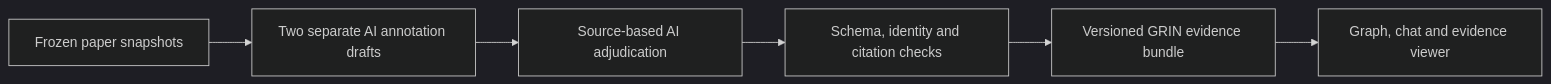
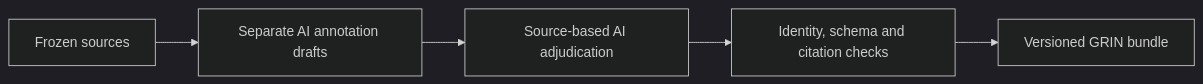
The first of 3 diagrams in README.md (lukaschudy/LIT-knowledge-graph), drawn with Mermaid (dark theme) before and after one commit. The commit also changed other lines of this file and 4 other files, not shown here.

````diff
--- a/README.md
+++ b/README.md
@@ -65,8 +65,7 @@
 ```mermaid
 flowchart LR
-    A[Frozen paper snapshots] --> B[Two separate AI annotation drafts]
+    A[Frozen sources] --> B[Separate AI annotation drafts]
     B --> C[Source-based AI adjudication]
-    C --> D[Schema, identity and citation checks]
-    D --> E[Versioned GRIN evidence bundle]
-    E --> F[Graph, chat and evidence viewer]
+    C --> D[Identity, schema and citation checks]
+    D --> E[Versioned GRIN bundle]
 ```
````
